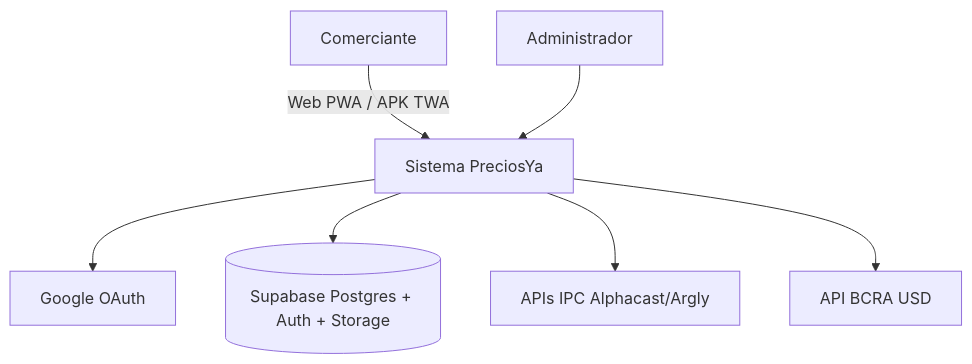
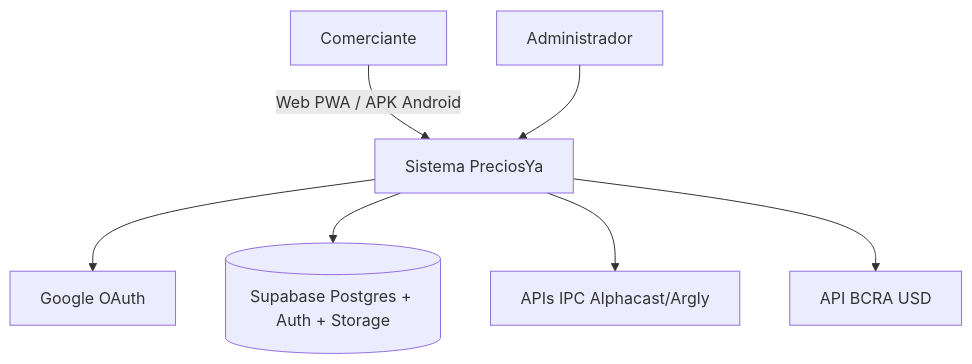
The first of 2 diagrams in docs/entrega/DISENO_ARQUITECTURA.md (ELautax/PreciosYa), drawn with Mermaid before and after one commit. The commit also changed other lines of this file and 51 other files, not shown here.

````diff
--- a/docs/entrega/DISENO_ARQUITECTURA.md
+++ b/docs/entrega/DISENO_ARQUITECTURA.md
@@ -5,17 +5,17 @@
 ```mermaid
 flowchart TB
   Comerciante[Comerciante]
   Admin[Administrador]
   PreciosYa[Sistema PreciosYa]
   INDEC[APIs IPC Alphacast/Argly]
   BCRA[API BCRA USD]
   Google[Google OAuth]
   Supabase[(Supabase Postgres + Auth + Storage)]
 
-  Comerciante -->|Web PWA / APK TWA| PreciosYa
+  Comerciante -->|Web PWA / APK Android| PreciosYa
   Admin --> PreciosYa
   PreciosYa --> Google
   PreciosYa --> Supabase
   PreciosYa --> INDEC
   PreciosYa --> BCRA
 ```
````
